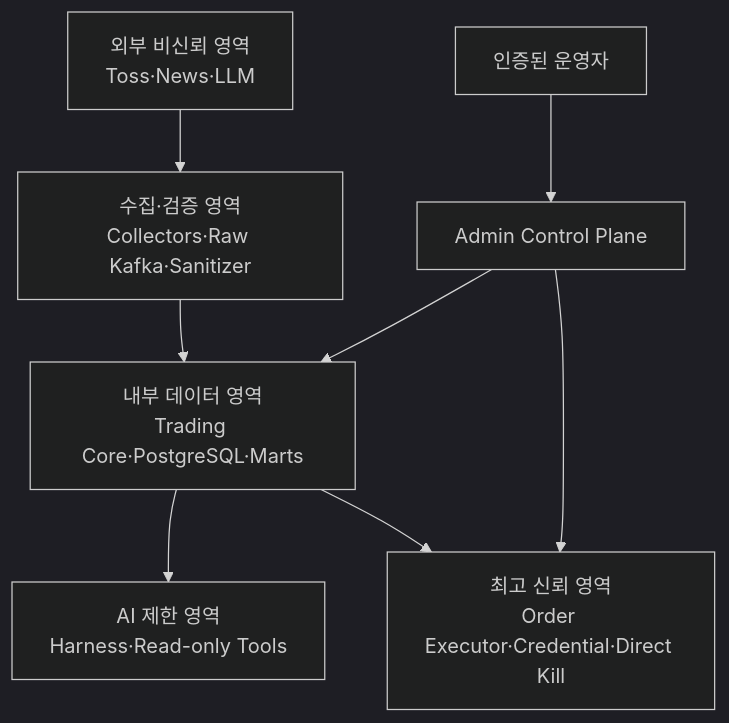
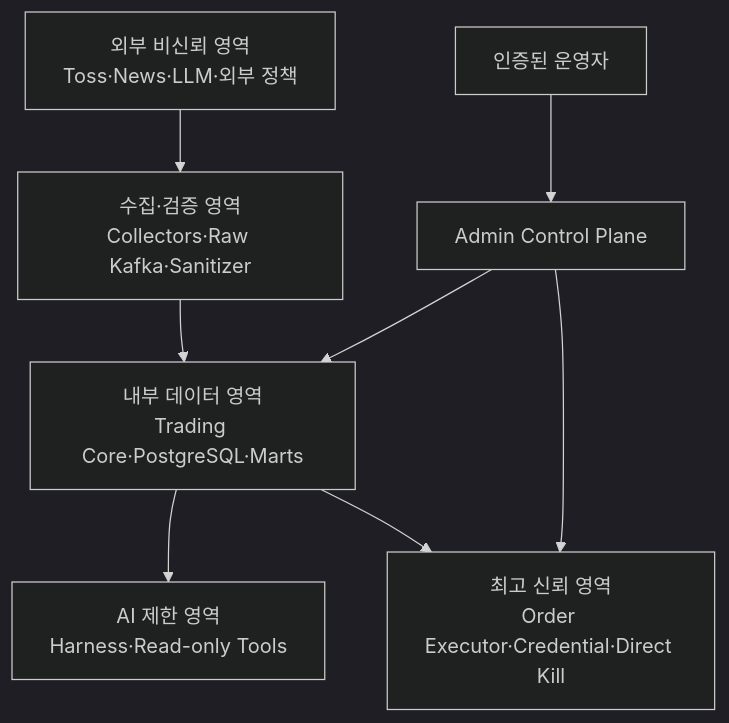
Before and after one commit to kkh1212/solo_project_data: the diagram in docs/SECURITY_AND_RISK.md, drawn with Mermaid (dark theme). The commit also changed other lines of this file and 48 other files, not shown here.

````diff
--- a/docs/SECURITY_AND_RISK.md
+++ b/docs/SECURITY_AND_RISK.md
@@ -9,10 +9,10 @@
 ```mermaid
 flowchart TD
-    EXT["외부 비신뢰 영역<br/>Toss·News·LLM"] --> ING["수집·검증 영역<br/>Collectors·Raw Kafka·Sanitizer"]
+    EXT["외부 비신뢰 영역<br/>Toss·News·LLM·외부 정책"] --> ING["수집·검증 영역<br/>Collectors·Raw Kafka·Sanitizer"]
     ING --> DATA["내부 데이터 영역<br/>Trading Core·PostgreSQL·Marts"]
     DATA --> AI["AI 제한 영역<br/>Harness·Read-only Tools"]
     DATA --> EXEC["최고 신뢰 영역<br/>Order Executor·Credential·Direct Kill"]
     ADMIN["인증된 운영자"] --> CTRL["Admin Control Plane"]
     CTRL --> DATA
     CTRL --> EXEC
 ```
````
